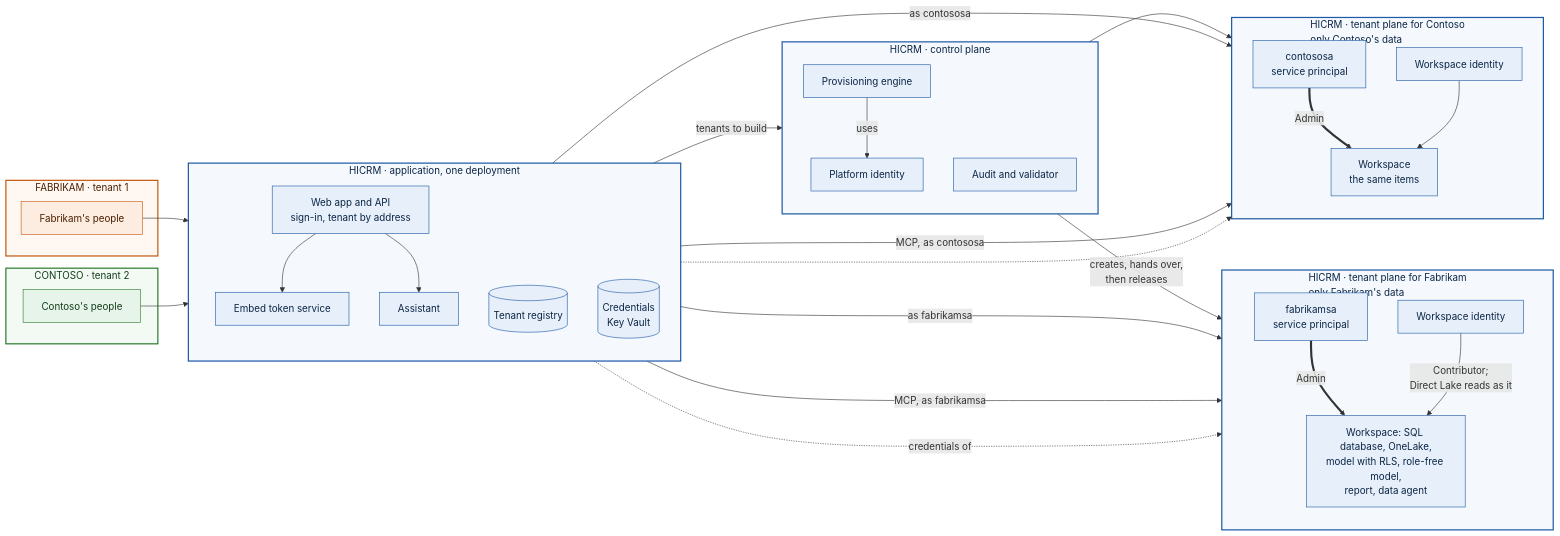
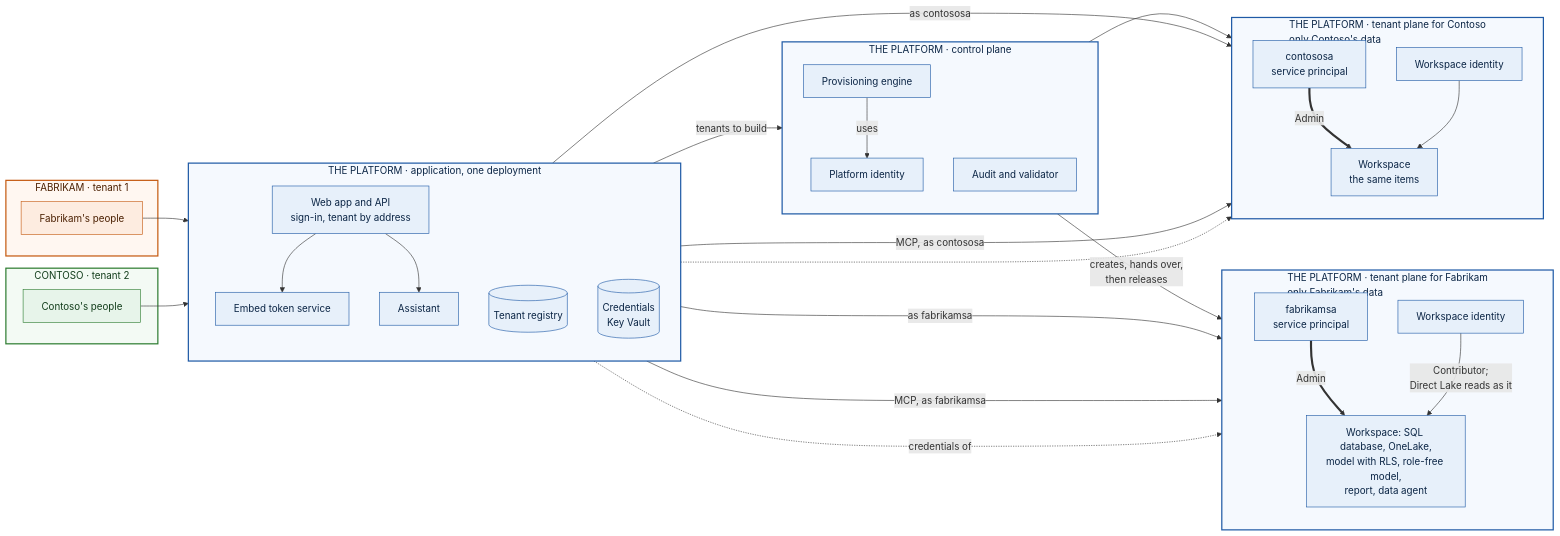
Before and after one commit to apkola29/fabric: the diagram in saas-platform/FRAMEWORK.md, drawn with Mermaid. The commit also changed other lines of this file and 72 other files, not shown here.

First line of the commit message:
saas-platform: rename HiCRM to the platform app; official Fabric icons

````diff
--- a/saas-platform/FRAMEWORK.md
+++ b/saas-platform/FRAMEWORK.md
@@ -85,68 +85,68 @@
 ```mermaid
 flowchart LR
   %% The framework's reference architecture, with the sample's names. Orange: Fabrikam. Green: Contoso. They are
-  %% HiCRM's customers, the "tenants". Blue: HiCRM, the provider, which owns and runs every blue box.
+  %% the platform's customers, the "tenants". Blue: the platform, the provider, which owns and runs every blue box.
   subgraph FAB["FABRIKAM · tenant 1"]
     U1["Fabrikam's people"]
   end
   subgraph CON["CONTOSO · tenant 2"]
     U2["Contoso's people"]
   end
-  subgraph APP["HICRM · application, one deployment"]
+  subgraph APP["THE PLATFORM · application, one deployment"]
     direction TB
     WEB["Web app and API<br/>sign-in, tenant by address"]
     EMB["Embed token service"]
     ASK["Assistant"]
     REG[("Tenant registry")]
     SEC[("Credentials<br/>Key Vault")]
   end
-  subgraph CP["HICRM · control plane"]
+  subgraph CP["THE PLATFORM · control plane"]
     direction TB
     PROV["Provisioning engine"]
     PSP["Platform identity"]
     VAL["Audit and validator"]
   end
-  subgraph T1["HICRM · tenant plane for Fabrikam<br/>only Fabrikam's data"]
+  subgraph T1["THE PLATFORM · tenant plane for Fabrikam<br/>only Fabrikam's data"]
     direction TB
     SA1["fabrikamsa<br/>service principal"]
     WS1["Workspace: SQL database, OneLake,<br/>model with RLS, role-free model,<br/>report, data agent"]
     WI1["Workspace identity"]
   end
-  subgraph T2["HICRM · tenant plane for Contoso<br/>only Contoso's data"]
+  subgraph T2["THE PLATFORM · tenant plane for Contoso<br/>only Contoso's data"]
     direction TB
     SA2["contososa<br/>service principal"]
     WS2["Workspace<br/>the same items"]
     WI2["Workspace identity"]
   end
   U1 --> WEB
   U2 --> WEB
   WEB --> EMB
   WEB --> ASK
   EMB -->|"as fabrikamsa"| WS1
   ASK -->|"MCP, as fabrikamsa"| WS1
   EMB -->|"as contososa"| WS2
   ASK -->|"MCP, as contososa"| WS2
   REG -->|"tenants to build"| PROV
   PROV -->|"uses"| PSP
   PSP -->|"creates, hands over,<br/>then releases"| WS1
   PSP --> WS2
   SA1 ==>|"Admin"| WS1
   SA2 ==>|"Admin"| WS2
   WI1 -->|"Contributor;<br/>Direct Lake reads as it"| WS1
   WI2 --> WS2
   SEC -.->|"credentials of"| SA1
   SEC -.-> SA2
 
   classDef fabrikam fill:#FDECE0,stroke:#C55A11,color:#4A1F00
   classDef contoso fill:#E7F4EA,stroke:#2E7D32,color:#123D1B
-  classDef hicrm fill:#E7F0FA,stroke:#1F5AA6,color:#0B2545
+  classDef platform fill:#E7F0FA,stroke:#1F5AA6,color:#0B2545
   class U1 fabrikam
   class U2 contoso
-  class WEB,EMB,ASK,REG,SEC,PROV,PSP,VAL,SA1,WS1,WI1,SA2,WS2,WI2 hicrm
+  class WEB,EMB,ASK,REG,SEC,PROV,PSP,VAL,SA1,WS1,WI1,SA2,WS2,WI2 platform
   style FAB fill:#FFF7F1,stroke:#C55A11,stroke-width:2px,color:#4A1F00
   style CON fill:#F3FAF4,stroke:#2E7D32,stroke-width:2px,color:#123D1B
   style APP fill:#F5F9FE,stroke:#1F5AA6,stroke-width:2px,color:#0B2545
   style CP fill:#F5F9FE,stroke:#1F5AA6,stroke-width:2px,color:#0B2545
   style T1 fill:#F5F9FE,stroke:#1F5AA6,stroke-width:2px,color:#0B2545
   style T2 fill:#F5F9FE,stroke:#1F5AA6,stroke-width:2px,color:#0B2545
 ```
````
